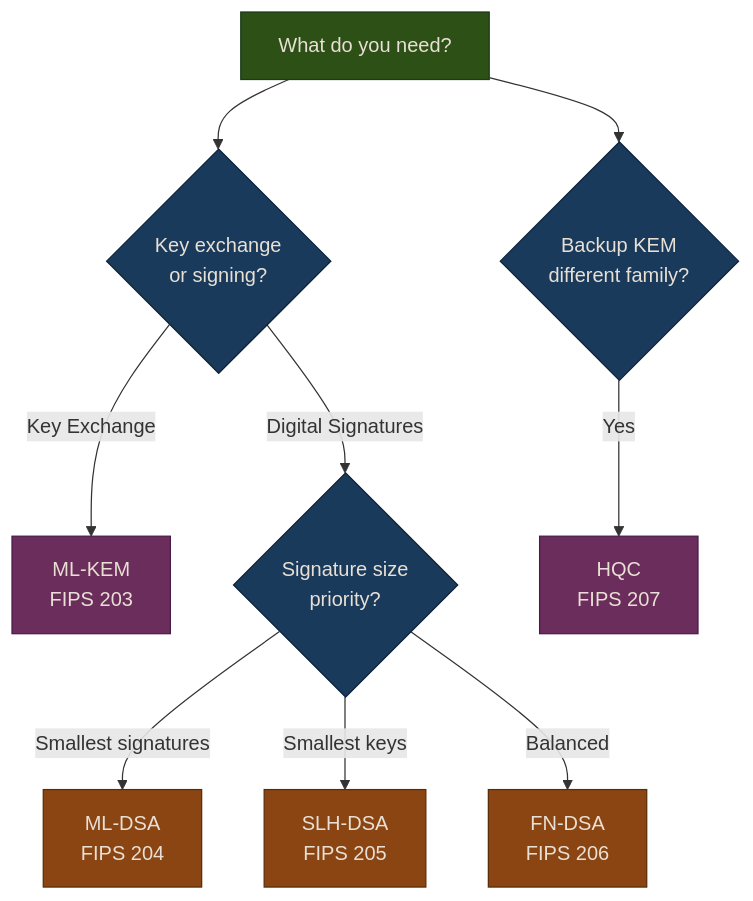
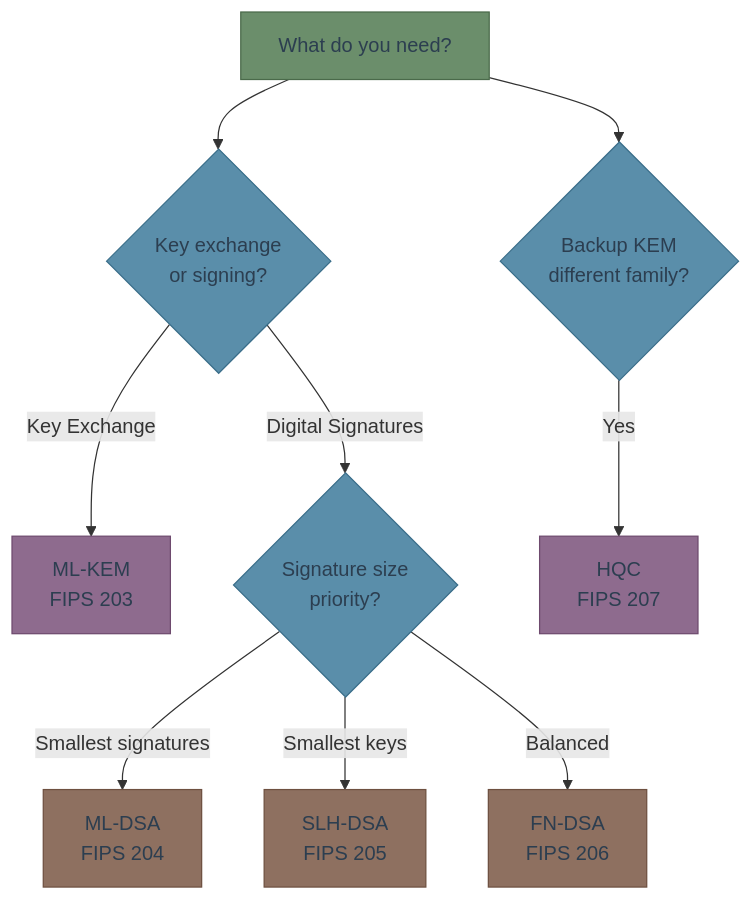
One commit to MichaelTien8901/pqc-engineering-guide changed the diagram in index.md. Above: the diagram before and after it, drawn with Mermaid. The commit also changed 8 other files, not shown here.

First line of the commit message:
Fix Mermaid paper-like styling matching reference project

````diff
--- a/index.md
+++ b/index.md
@@ -35,23 +35,23 @@
 ```mermaid
 flowchart TD
     A[What do you need?] --> B{Key exchange<br/>or signing?}
     B -->|Key Exchange| C[ML-KEM<br/>FIPS 203]
     B -->|Digital Signatures| D{Signature size<br/>priority?}
     D -->|Smallest signatures| E[ML-DSA<br/>FIPS 204]
     D -->|Smallest keys| F[SLH-DSA<br/>FIPS 205]
     D -->|Balanced| G[FN-DSA<br/>FIPS 206]
     A --> H{Backup KEM<br/>different family?}
     H -->|Yes| I[HQC<br/>FIPS 207]
 
-    classDef dark fill:#2d5016,stroke:#1a3a1a,color:#e8e0d4
-    classDef accent fill:#1a3a5c,stroke:#0d2137,color:#e8e0d4
-    classDef highlight fill:#6b2d5b,stroke:#4a1a4a,color:#e8e0d4
-    classDef warm fill:#8b4513,stroke:#5a2d0a,color:#e8e0d4
+    classDef dark fill:#6b8e6b,stroke:#4a6a4a,color:#2c3e50
+    classDef accent fill:#5a8eaa,stroke:#3a6e8a,color:#2c3e50
+    classDef highlight fill:#8e6b8e,stroke:#6e4a6e,color:#2c3e50
+    classDef warm fill:#8e7060,stroke:#6e5040,color:#2c3e50
 
     class A dark
     class B accent
     class C,I highlight
     class D accent
     class E,F,G warm
     class H accent
 ```
````
